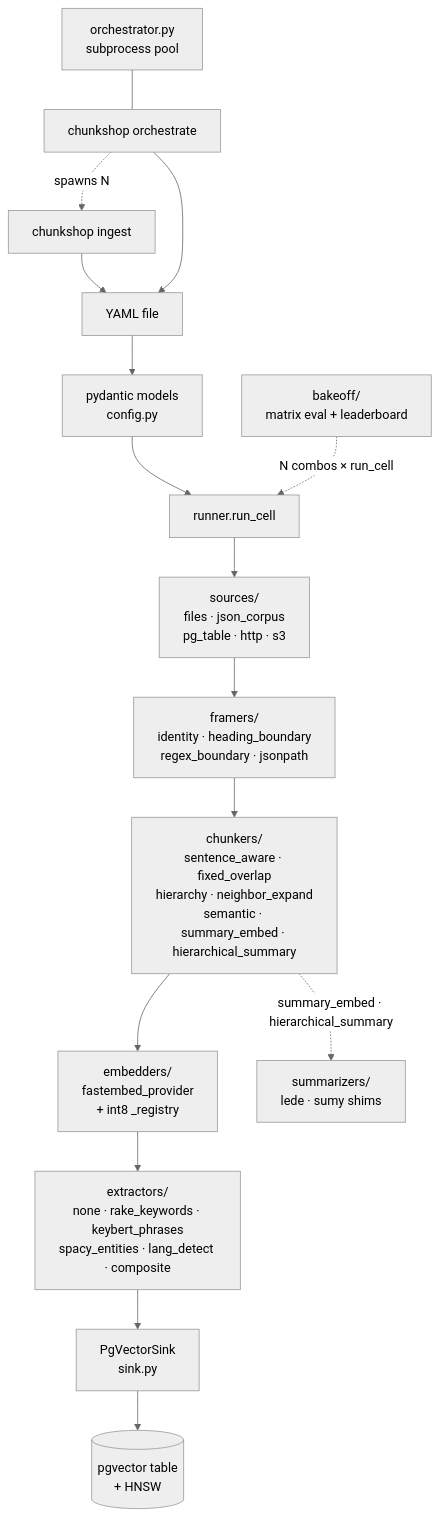
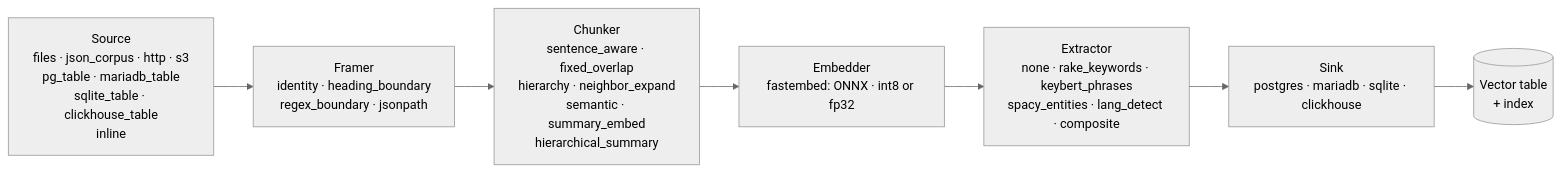
Before and after one commit to yonk-labs/chunkshop: the first of 5 diagrams in docs/architecture.md, drawn with Mermaid (neutral theme). The commit also changed other lines of this file and 8 other files, not shown here.

First line of the commit message:
docs(v0.4.0): per-engine docs, mix doc, architecture + README rewrite

````diff
--- a/docs/architecture.md
+++ b/docs/architecture.md
@@ -14,32 +17,9 @@
 ```mermaid
-flowchart TB
-    I[chunkshop ingest]
-    O[chunkshop orchestrate]
-    Y[YAML file]
-    P[pydantic models<br/>config.py]
-    R[runner.run_cell]
-
-    SRC[sources/<br/>files · json_corpus<br/>pg_table · http · s3]
-    FRM[framers/<br/>identity · heading_boundary<br/>regex_boundary · jsonpath]
-    CHK[chunkers/<br/>sentence_aware · fixed_overlap<br/>hierarchy · neighbor_expand<br/>semantic · summary_embed · hierarchical_summary]
-    EMB[embedders/<br/>fastembed_provider<br/>+ int8 _registry]
-    EXT[extractors/<br/>none · rake_keywords · keybert_phrases<br/>spacy_entities · lang_detect · composite]
-    SUM[summarizers/<br/>lede · sumy shims]
-    SK[PgVectorSink<br/>sink.py]
-    DB[(pgvector table<br/>+ HNSW)]
-
-    OR[orchestrator.py<br/>subprocess pool]
-    BO[bakeoff/<br/>matrix eval + leaderboard]
-
-    I --> Y
-    O --> Y
-    Y --> P
-    P --> R
-
-    R --> SRC --> FRM --> CHK --> EMB --> EXT --> SK --> DB
-    CHK -.summary_embed · hierarchical_summary.-> SUM
-
-    O -.spawns N.-> I
-    OR --- O
-    BO -.N combos × run_cell.-> R
+flowchart LR
+    S[Source<br/>files · json_corpus · http · s3<br/>pg_table · mariadb_table<br/>sqlite_table · clickhouse_table<br/>inline] --> F[Framer<br/>identity · heading_boundary<br/>regex_boundary · jsonpath]
+    F --> C[Chunker<br/>sentence_aware · fixed_overlap<br/>hierarchy · neighbor_expand<br/>semantic · summary_embed<br/>hierarchical_summary]
+    C --> E[Embedder<br/>fastembed: ONNX · int8 or fp32]
+    E --> X[Extractor<br/>none · rake_keywords · keybert_phrases<br/>spacy_entities · lang_detect · composite]
+    X --> SK[Sink<br/>postgres · mariadb · sqlite · clickhouse]
+    SK --> DB[(Vector table<br/>+ index)]
 ```
````
